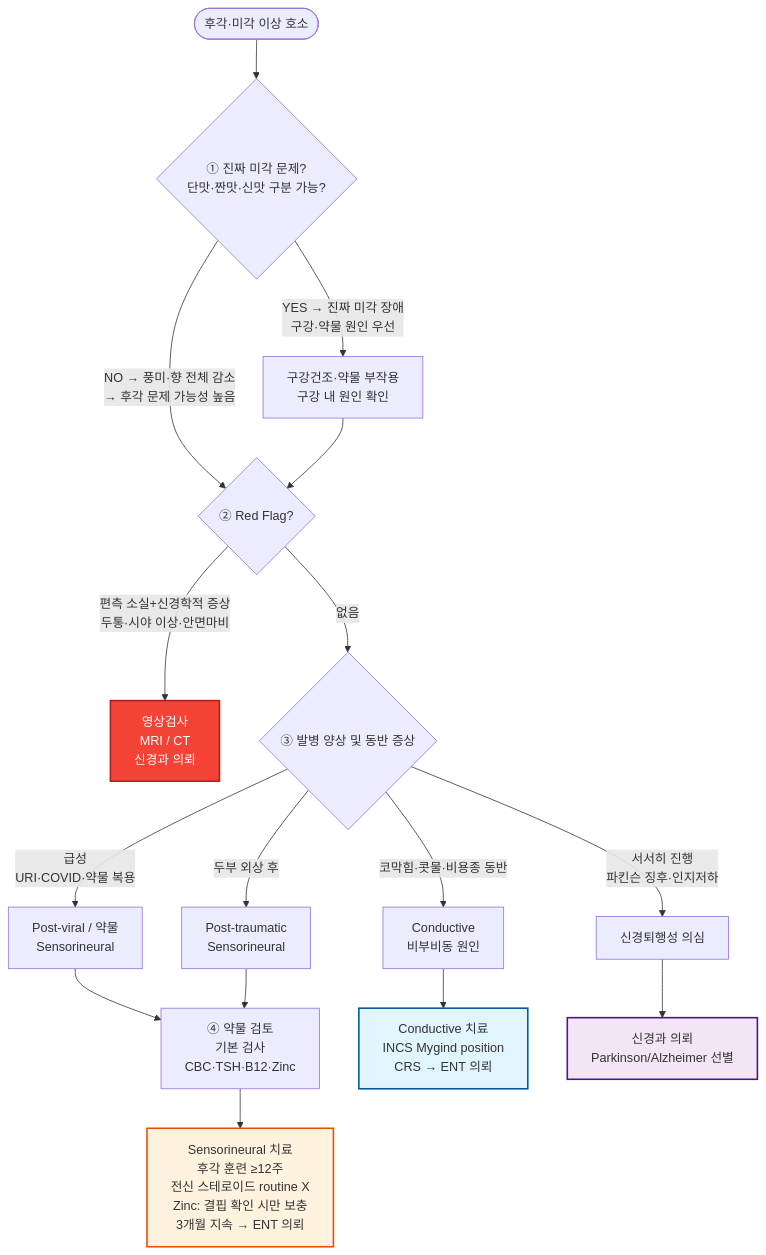
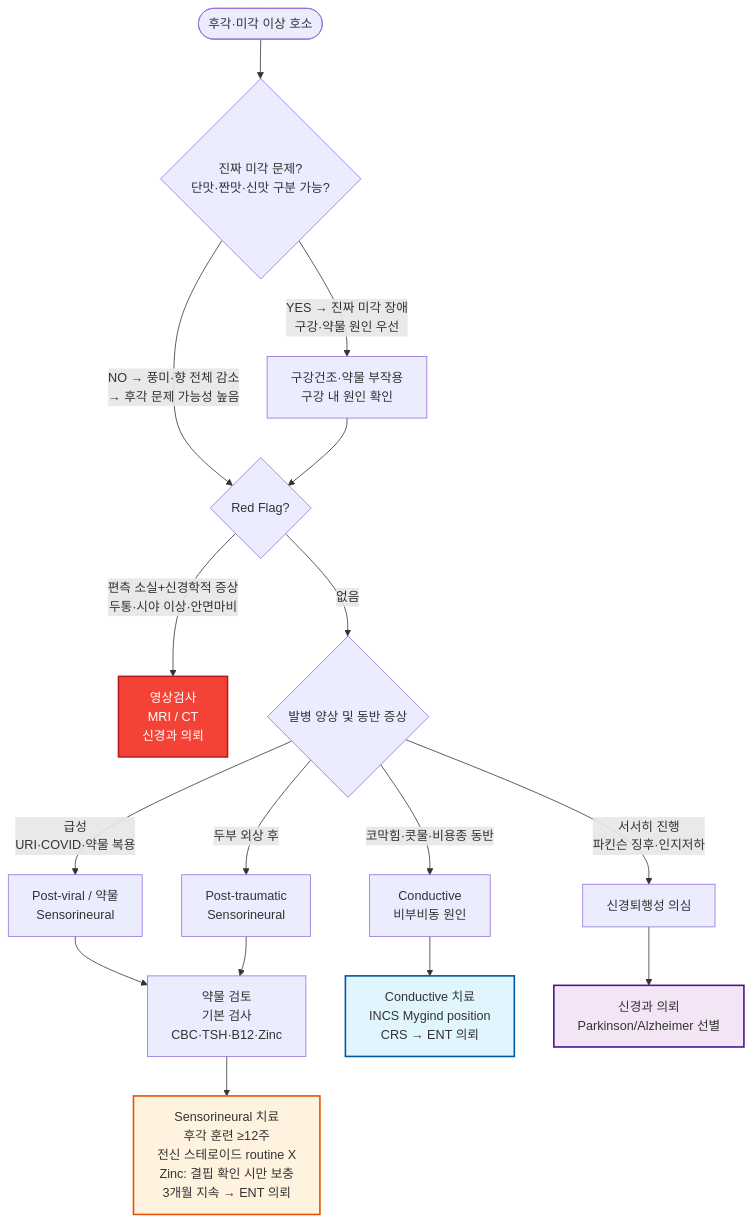
One commit to familyoh77/familyoh77 changed the diagram in 220_/005_-smell-taste-disorders.md. Above: the diagram before and after it, drawn with Mermaid. The commit also changed 4 other files, not shown here.

````diff
--- a/220_/005_-smell-taste-disorders.md
+++ b/220_/005_-smell-taste-disorders.md
@@ -143,22 +143,22 @@
 ```mermaid
 graph TD
-    A([후각·미각 이상 호소]) --> B{"① 진짜 미각 문제? <br/>단맛·짠맛·신맛 구분 가능?"}
+    A([후각·미각 이상 호소]) --> B{"진짜 미각 문제? <br/>단맛·짠맛·신맛 구분 가능?"}
     B -->|"YES → 진짜 미각 장애<br/>구강·약물 원인 우선"| C["구강건조·약물 부작용<br/>구강 내 원인 확인"]
-    B -->|"NO → 풍미·향 전체 감소<br/>→ 후각 문제 가능성 높음"| D{"② Red Flag?"}
+    B -->|"NO → 풍미·향 전체 감소<br/>→ 후각 문제 가능성 높음"| D{"Red Flag?"}
     C --> D
     D -->|"편측 소실+신경학적 증상<br/>두통·시야 이상·안면마비"| E["영상검사<br/>MRI / CT<br/>신경과 의뢰"]
-    D -->|없음| F{"③ 발병 양상 및 동반 증상"}
+    D -->|없음| F{"발병 양상 및 동반 증상"}
     F -->|"급성<br/>URI·COVID·약물 복용"| G["Post-viral / 약물<br/>Sensorineural"]
     F -->|"두부 외상 후"| H["Post-traumatic<br/>Sensorineural"]
     F -->|"코막힘·콧물·비용종 동반"| I["Conductive<br/>비부비동 원인"]
     F -->|"서서히 진행<br/>파킨슨 징후·인지저하"| J["신경퇴행성 의심"]
-    G --> K["④ 약물 검토<br/>기본 검사<br/>CBC·TSH·B12·Zinc"]
+    G --> K["약물 검토<br/>기본 검사<br/>CBC·TSH·B12·Zinc"]
     H --> K
     I --> L["Conductive 치료<br/>INCS Mygind position<br/>CRS → ENT 의뢰"]
     J --> M["신경과 의뢰<br/>Parkinson/Alzheimer 선별"]
     K --> N["Sensorineural 치료<br/>후각 훈련 ≥12주 <br/>전신 스테로이드 routine X<br/>Zinc: 결핍 확인 시만 보충<br/>3개월 지속 → ENT 의뢰"]
     style E fill:#f44336,stroke:#b71c1c,color:#fff,stroke-width:2px
     style L fill:#e1f5fe,stroke:#01579b,stroke-width:2px
     style N fill:#fff3e0,stroke:#e65100,stroke-width:2px
     style M fill:#f3e5f5,stroke:#4a148c,stroke-width:2px
 ```
````
